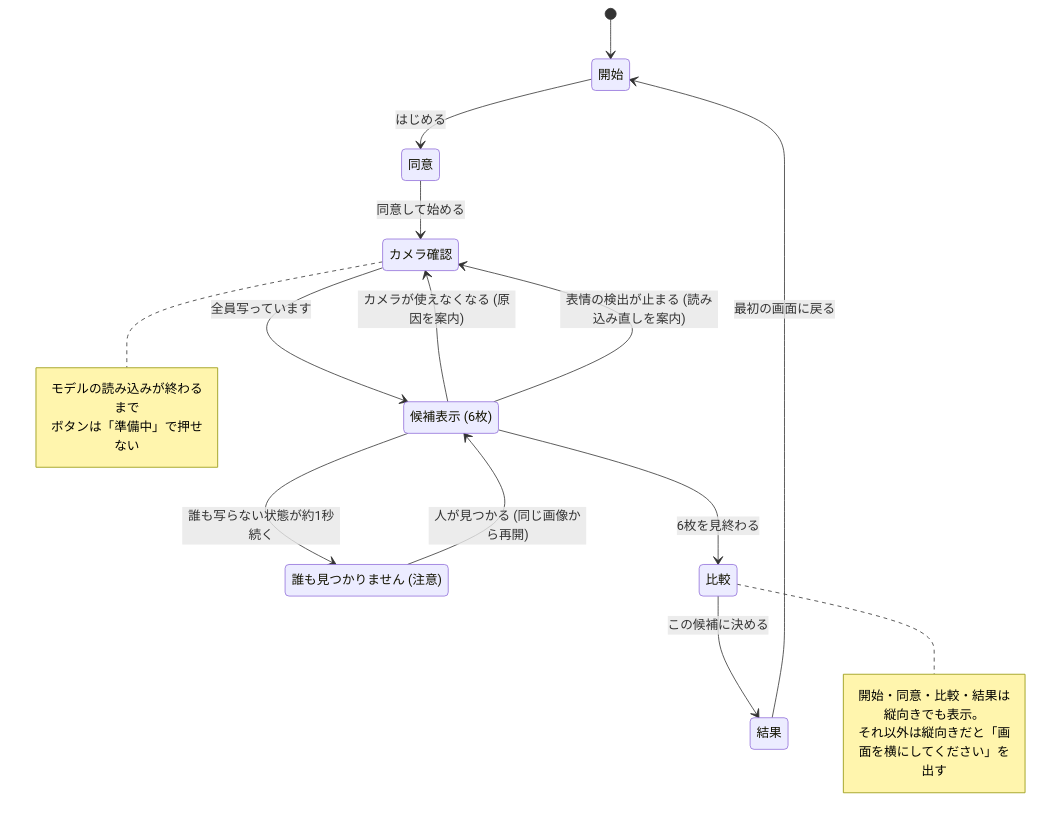
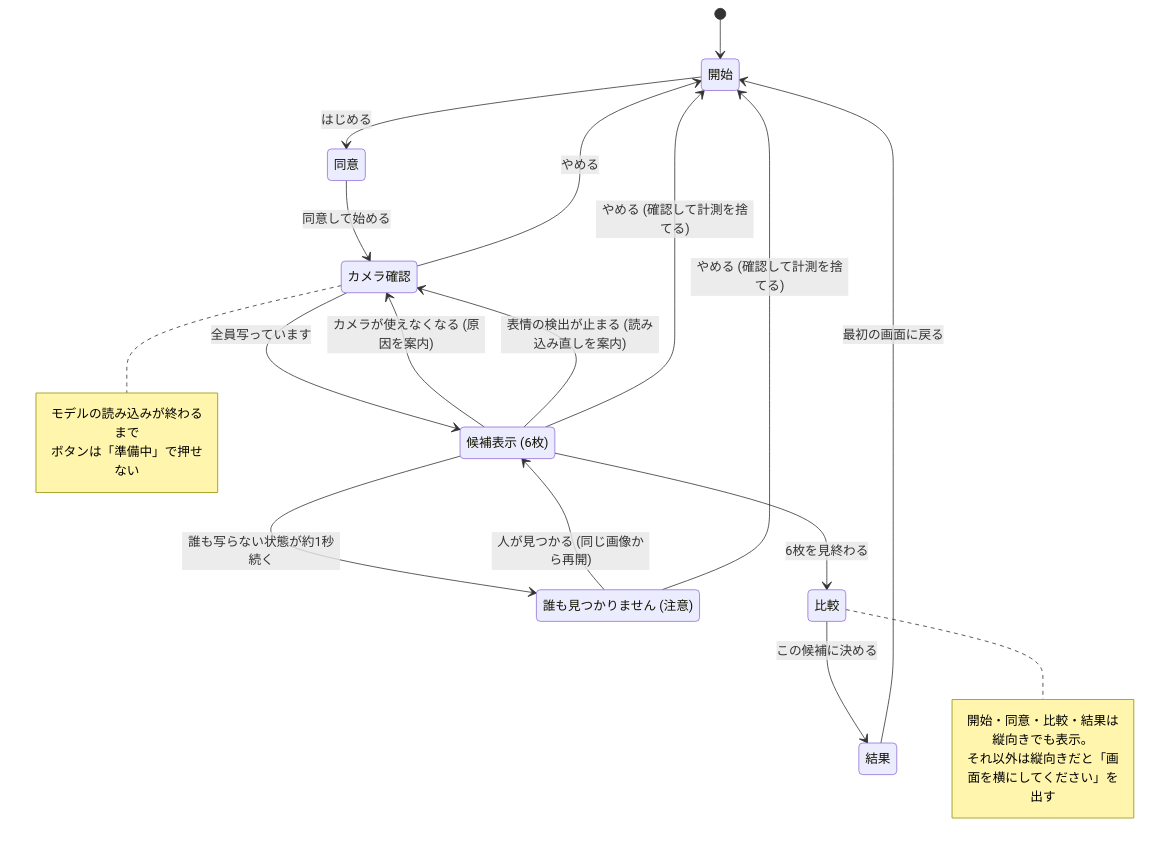
One commit to l4na-git/NexTrip changed the second of 3 diagrams in README.md. Above: the diagram before and after it, drawn with Mermaid. The commit also changed 2 other files, not shown here.

Commit message:
feat(session): 候補表示中からも最初の画面に戻れるようにする

````diff
--- a/README.md
+++ b/README.md
@@ -51,31 +51,34 @@
 ```mermaid
 stateDiagram-v2
   state "開始" as Start
   state "同意" as Consent
   state "カメラ確認" as Check
   state "候補表示 (6枚)" as Candidate
   state "誰も見つかりません (注意)" as NoFace
   state "比較" as Compare
   state "結果" as Result
 
   [*] --> Start
   Start --> Consent: はじめる
   Consent --> Check: 同意して始める
   Check --> Candidate: 全員写っています
   Candidate --> Compare: 6枚を見終わる
   Candidate --> NoFace: 誰も写らない状態が約1秒続く
   NoFace --> Candidate: 人が見つかる (同じ画像から再開)
   Candidate --> Check: カメラが使えなくなる (原因を案内)
   Candidate --> Check: 表情の検出が止まる (読み込み直しを案内)
   Compare --> Result: この候補に決める
   Result --> Start: 最初の画面に戻る
+  Check --> Start: やめる
+  Candidate --> Start: やめる (確認して計測を捨てる)
+  NoFace --> Start: やめる (確認して計測を捨てる)
 
   note right of Check
     モデルの読み込みが終わるまで
     ボタンは「準備中」で押せない
   end note
   note right of Compare
     開始・同意・比較・結果は縦向きでも表示。
     それ以外は縦向きだと「画面を横にしてください」を出す
   end note
 ```
````
